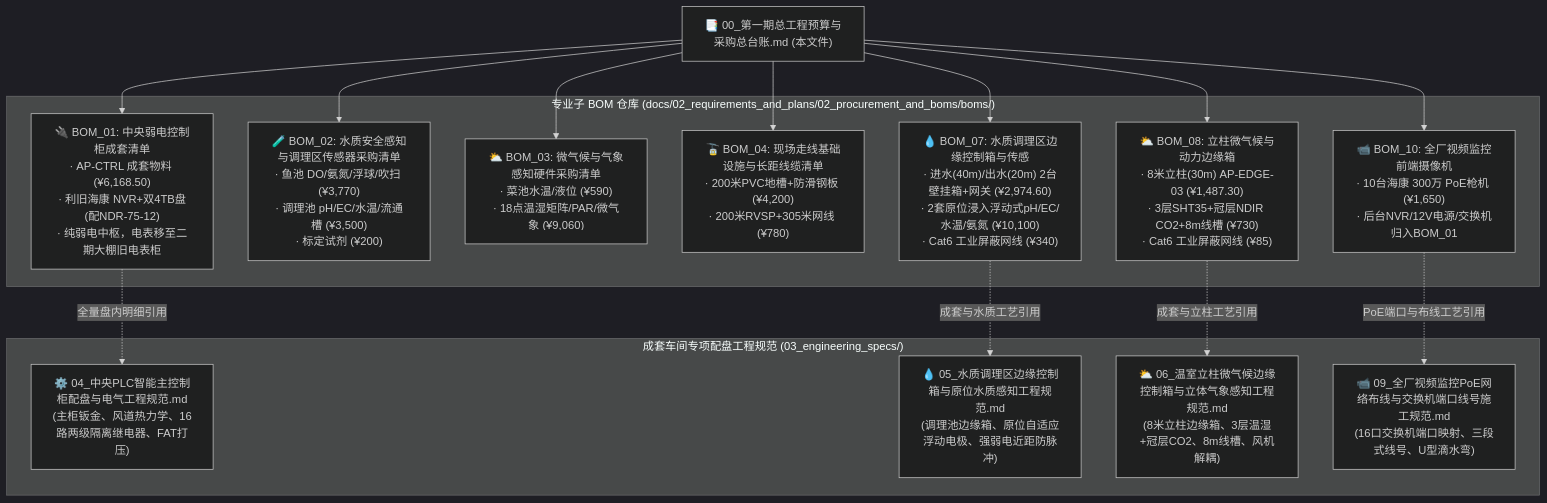
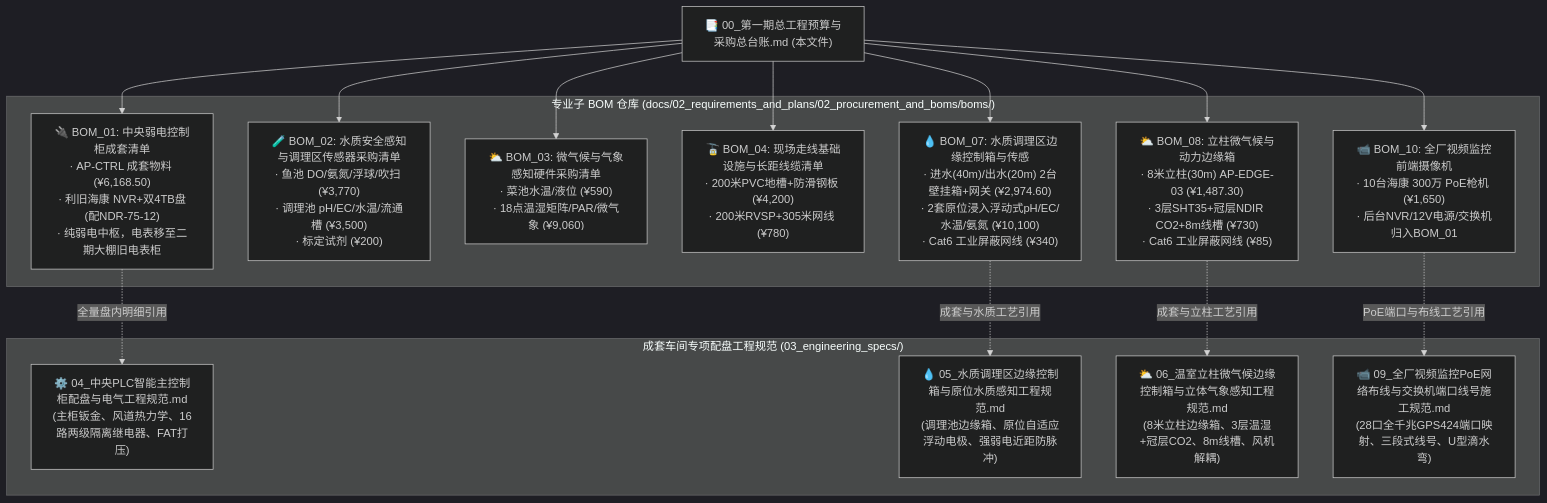
Before and after one commit to digitalboy/aquaponics: the second of 2 diagrams in docs/02_requirements_and_plans/02_procurement_and_boms/00_第一期总工程预算与采购总台账.md, drawn with Mermaid (dark theme). The commit also changed other lines of this file and 9 other files, not shown here.

````diff
--- a/docs/02_requirements_and_plans/02_procurement_and_boms/00_第一期总工程预算与采购总台账.md
+++ b/docs/02_requirements_and_plans/02_procurement_and_boms/00_第一期总工程预算与采购总台账.md
@@ -90,33 +90,33 @@
 ```mermaid
 graph TD
     Master["📑 00_第一期总工程预算与采购总台账.md (本文件)"]
     
     subgraph SubBOMs ["专业子 BOM 仓库 (docs/02_requirements_and_plans/02_procurement_and_boms/boms/)"]
         BOM1["🔌 BOM_01: 中央弱电控制柜成套清单<br>· AP-CTRL 成套物料 (¥6,168.50)<br>· 利旧海康 NVR+双4TB盘(配NDR-75-12)<br>· 纯弱电中枢，电表移至二期大棚旧电表柜"]
         BOM2["🧪 BOM_02: 水质安全感知与调理区传感器采购清单<br>· 鱼池 DO/氨氮/浮球/吹扫 (¥3,770)<br>· 调理池 pH/EC/水温/流通槽 (¥3,500)<br>· 标定试剂 (¥200)"]
         BOM3["⛅ BOM_03: 微气候与气象感知硬件采购清单<br>· 菜池水温/液位 (¥590)<br>· 18点温湿矩阵/PAR/微气象 (¥9,060)"]
         BOM4["🚡 BOM_04: 现场走线基础设施与长距线缆清单<br>· 200米PVC地槽+防滑钢板 (¥4,200)<br>· 200米RVSP+305米网线 (¥780)"]
         BOM7["💧 BOM_07: 水质调理区边缘控制箱与传感<br>· 进水(40m)/出水(20m) 2台壁挂箱+网关 (¥2,974.60)<br>· 2套原位浸入浮动式pH/EC/水温/氨氮 (¥10,100)<br>· Cat6 工业屏蔽网线 (¥340)"]
         BOM8["⛅ BOM_08: 立柱微气候与动力边缘箱<br>· 8米立柱(30m) AP-EDGE-03 (¥1,487.30)<br>· 3层SHT35+冠层NDIR CO2+8m线槽 (¥730)<br>· Cat6 工业屏蔽网线 (¥85)"]
         BOM10["📹 BOM_10: 全厂视频监控前端摄像机<br>· 10台海康 300万 PoE枪机 (¥1,650)<br>· 后台NVR/12V电源/交换机归入BOM_01"]
     end
     
     subgraph CabinetSpec ["成套车间专项配盘工程规范 (03_engineering_specs/)"]
         Doc04["⚙️ 04_中央PLC智能主控制柜配盘与电气工程规范.md<br>(主柜钣金、风道热力学、16路两级隔离继电器、FAT打压)"]
         Doc05["💧 05_水质调理区边缘控制箱与原位水质感知工程规范.md<br>(调理池边缘箱、原位自适应浮动电极、强弱电近距防脉冲)"]
         Doc06["⛅ 06_温室立柱微气候边缘控制箱与立体气象感知工程规范.md<br>(8米立柱边缘箱、3层温湿+冠层CO2、8m线槽、风机解耦)"]
-        Doc09["📹 09_全厂视频监控PoE网络布线与交换机端口线号施工规范.md<br>(16口交换机端口映射、三段式线号、U型滴水弯)"]
+        Doc09["📹 09_全厂视频监控PoE网络布线与交换机端口线号施工规范.md<br>(28口全千兆GPS424端口映射、三段式线号、U型滴水弯)"]
     end
     
     Master --> BOM1
     Master --> BOM2
     Master --> BOM3
     Master --> BOM4
     Master --> BOM7
     Master --> BOM8
     Master --> BOM10
     BOM1 -.->|全量盘内明细引用| Doc04
     BOM7 -.->|成套与水质工艺引用| Doc05
     BOM8 -.->|成套与立柱工艺引用| Doc06
     BOM10 -.->|PoE端口与布线工艺引用| Doc09
 ```
````
